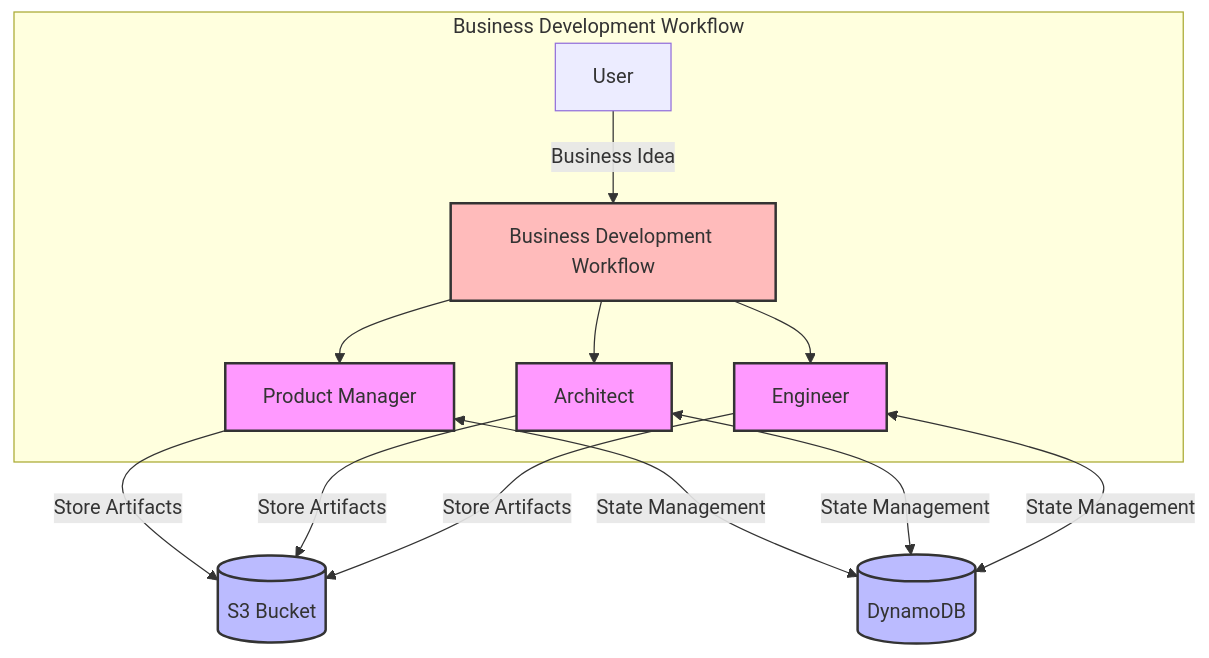
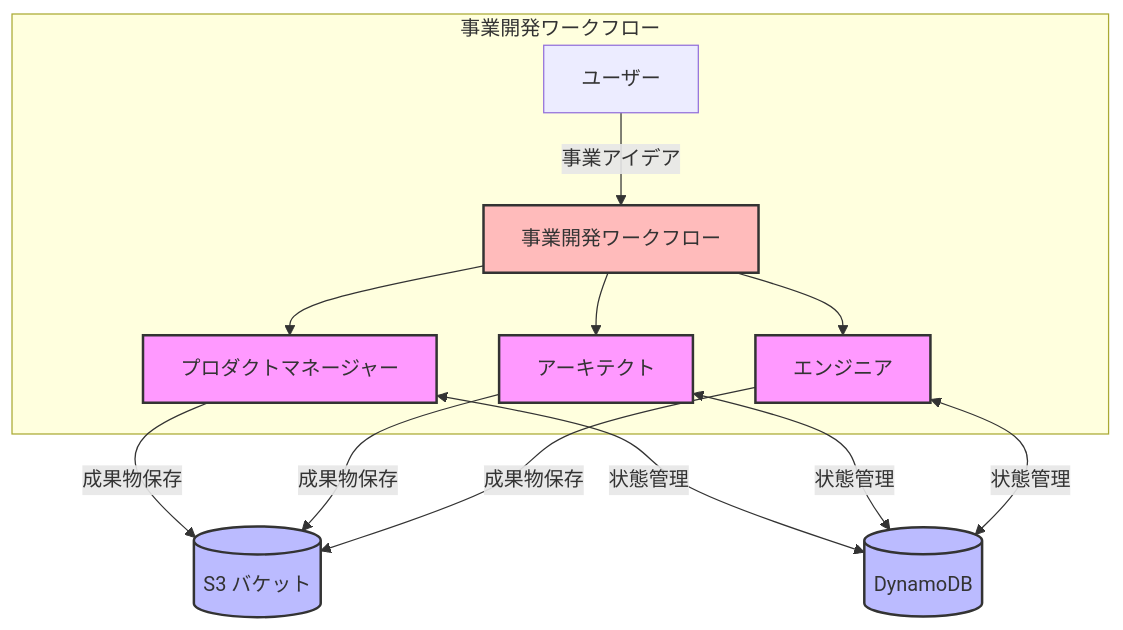
The second of 10 diagrams in README.md (aws-samples/multi-agent-samples-jp), drawn with Mermaid before and after one commit. The commit also changed other lines of this file and 2 other files, not shown here.

````diff
--- a/README.md
+++ b/README.md
@@ -93,41 +91,41 @@
 ```mermaid
 graph TD
     
-    S3[(S3 Bucket)]
+    S3[(S3 バケット)]
     DDB[(DynamoDB)]
 
-    subgraph "Business Development Workflow"
-        User[User] --> |Business Idea| SFN[Business Development Workflow]
-        PDM[Product Manager]
-        ARCH[Architect]
-        ENG[Engineer]
+    subgraph "事業開発ワークフロー"
+        User[ユーザー] --> |事業アイデア| SFN[事業開発ワークフロー]
+        PDM[プロダクトマネージャー]
+        ARCH[アーキテクト]
+        ENG[エンジニア]
     end
 
     
     
     SFN --> PDM
     SFN --> ARCH
     SFN --> ENG
     
     
-    %% Agent and Storage Relationship
-    PDM --> |Store Artifacts| S3
-    ARCH --> |Store Artifacts| S3
-    ENG --> |Store Artifacts| S3
+    %% エージェントとストレージの関係
+    PDM --> |成果物保存| S3
+    ARCH --> |成果物保存| S3
+    ENG --> |成果物保存| S3
     
-    %% Agent and Database Relationship
-    PDM <--> |State Management| DDB
-    ARCH <--> |State Management| DDB
-    ENG <--> |State Management| DDB
+    %% エージェントとデータベースの関係
+    PDM <--> |状態管理| DDB
+    ARCH <--> |状態管理| DDB
+    ENG <--> |状態管理| DDB
     
     classDef agents fill:#f9f,stroke:#333,stroke-width:2px;
     classDef storage fill:#bbf,stroke:#333,stroke-width:2px;
     classDef messaging fill:#bfb,stroke:#333,stroke-width:2px;
     classDef workflow fill:#fbb,stroke:#333,stroke-width:2px;
     classDef supervisor fill:#ff9,stroke:#333,stroke-width:3px;
     
     class PDM,ARCH,ENG,CA agents;
     class S3,DDB storage;
     class SQS,SNS,EB,CF messaging;
     class SFN,CFNFA,SV workflow;
 ```
````
